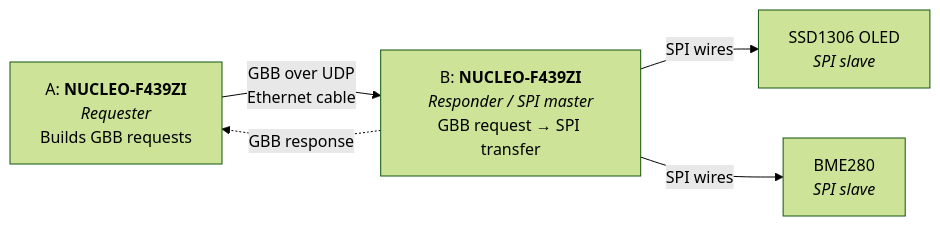
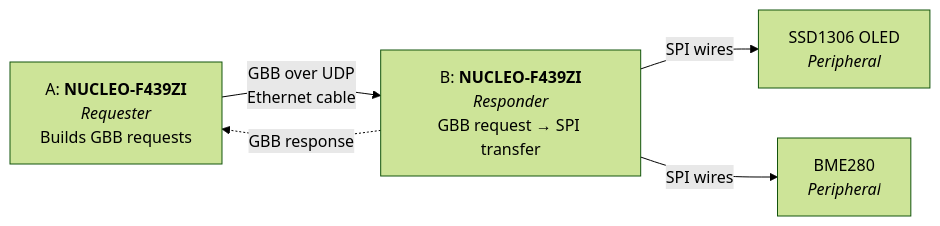
Before and after one commit to Kartoffelbauer/rts-open1722-remote-spi: the diagram in README.md, drawn with Mermaid (forest theme). The commit also changed other lines of this file, not shown here.

Commit message:
Edits the naming conventions in the diagrams according to the glossary

````diff
--- a/README.md
+++ b/README.md
@@ -9,12 +9,12 @@
 ```mermaid
 flowchart LR
     A["A: <b>NUCLEO-F439ZI</b><br/><i>Requester</i><br/>Builds GBB requests"]
-    B["B: <b>NUCLEO-F439ZI</b><br/><i>Responder / SPI master</i><br/>GBB request → SPI transfer"]
-    O["SSD1306 OLED<br/><i>SPI slave</i>"]
-    S["BME280<br/><i>SPI slave</i>"]
+    B["B: <b>NUCLEO-F439ZI</b><br/><i>Responder</i><br/>GBB request → SPI transfer"]
+    O["SSD1306 OLED<br/><i>Peripheral</i>"]
+    S["BME280<br/><i>Peripheral</i>"]
 
     A -- "GBB over UDP<br/>Ethernet cable" --> B
     B -. "GBB response" .-> A
     B -- "SPI wires" --> O
     B -- "SPI wires" --> S
 ```
````
